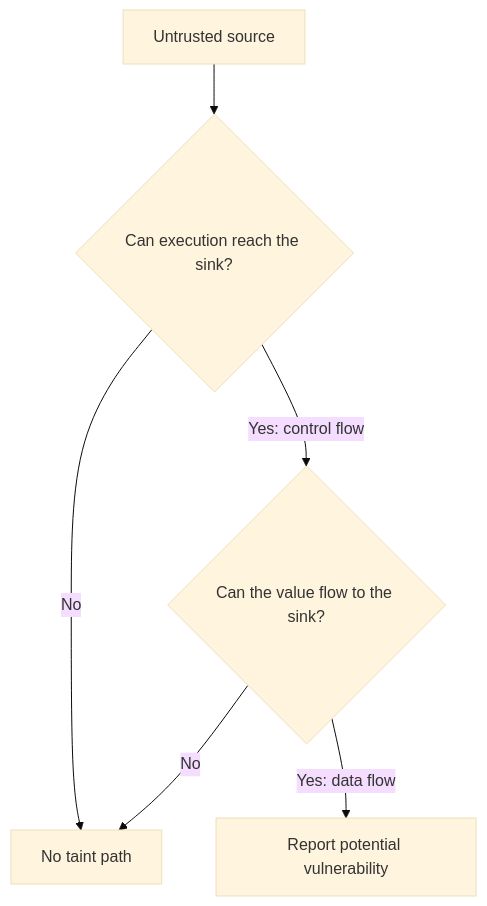
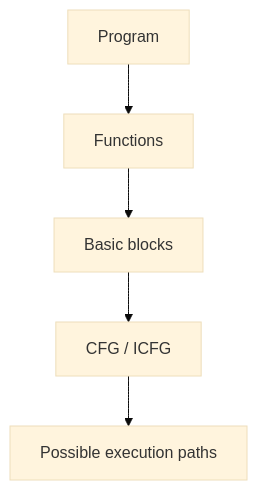
Before and after one commit to Lek-Sanaphone/leklek-website: the third of 53 diagrams in docs/uts/Computer-Science/Software-Engineering/41128-Software-Analysis-Studio.md, drawn with Mermaid (base theme). The commit also changed other lines of this file and 1 other file, not shown here.

````diff
--- a/docs/uts/Computer-Science/Software-Engineering/41128-Software-Analysis-Studio.md
+++ b/docs/uts/Computer-Science/Software-Engineering/41128-Software-Analysis-Studio.md
@@ -535,8 +408,7 @@
 ```mermaid
 flowchart TD
-    A["Untrusted source"] --> B{"Can execution reach the sink?"}
-    B -->|No| C["No taint path"]
-    B -->|Yes: control flow| D{"Can the value flow to the sink?"}
-    D -->|No| C
-    D -->|Yes: data flow| E["Report potential vulnerability"]
+    A["Program"] --> B["Functions"]
+    B --> C["Basic blocks"]
+    C --> D["CFG / ICFG"]
+    D --> E["Possible execution paths"]
 ```
````
